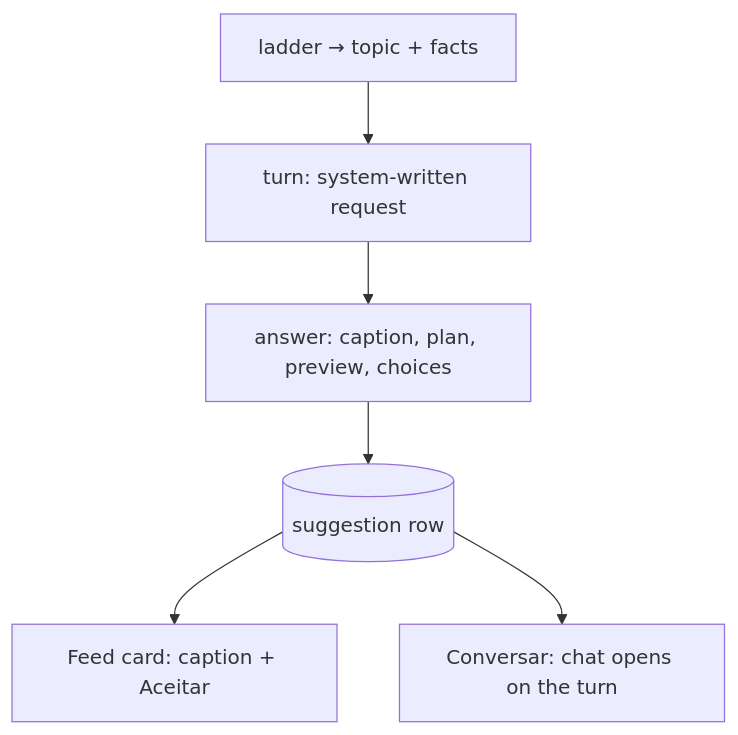
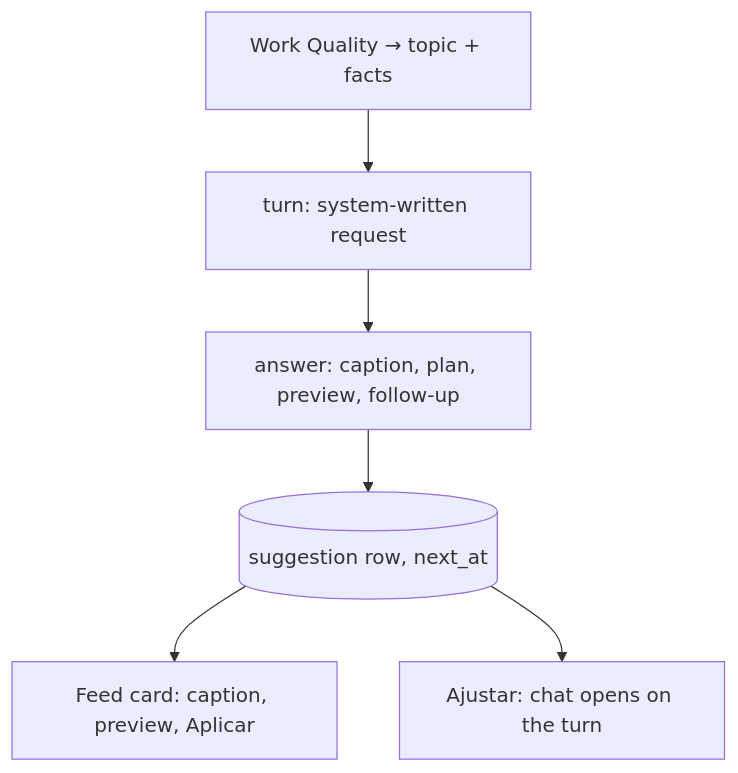
Before and after one commit to pietroid/lunna: the third of 5 diagrams in product/research/2026-10-29-agentic-suggestions/README.md, drawn with Mermaid. The commit also changed other lines of this file and 8 other files, not shown here.

````diff
--- a/product/research/2026-10-29-agentic-suggestions/README.md
+++ b/product/research/2026-10-29-agentic-suggestions/README.md
@@ -102,8 +114,8 @@
 ```mermaid
 flowchart TD
-  L[ladder → topic + facts] --> T[turn: system-written request]:::key
-  T --> A[answer: caption, plan, preview, choices]
-  A --> S[(suggestion row)]
-  S --> C[Feed card: caption + Aceitar]
-  S --> V[Conversar: chat opens on the turn]
+  L[Work Quality → topic + facts] --> T[turn: system-written request]:::key
+  T --> A[answer: caption, plan, preview, follow-up]
+  A --> S[(suggestion row, next_at)]
+  S --> C[Feed card: caption, preview, Aplicar]
+  S --> V[Ajustar: chat opens on the turn]
 ```
````
